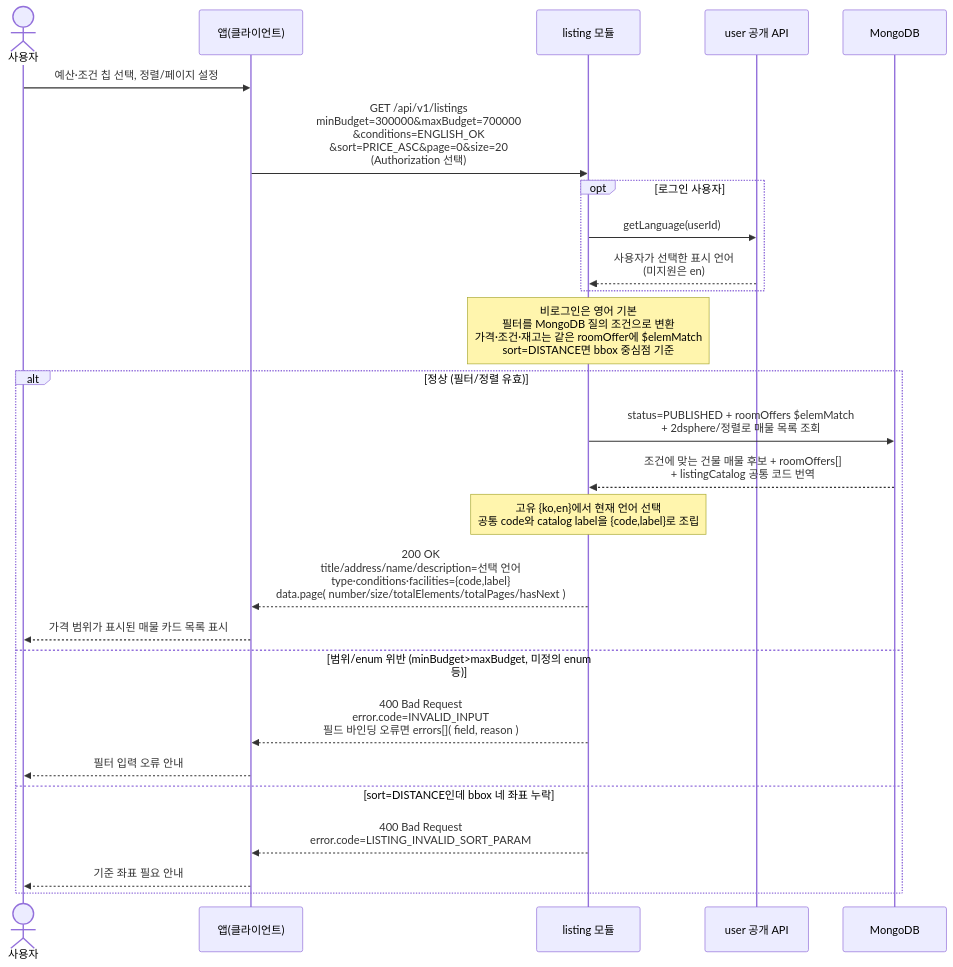
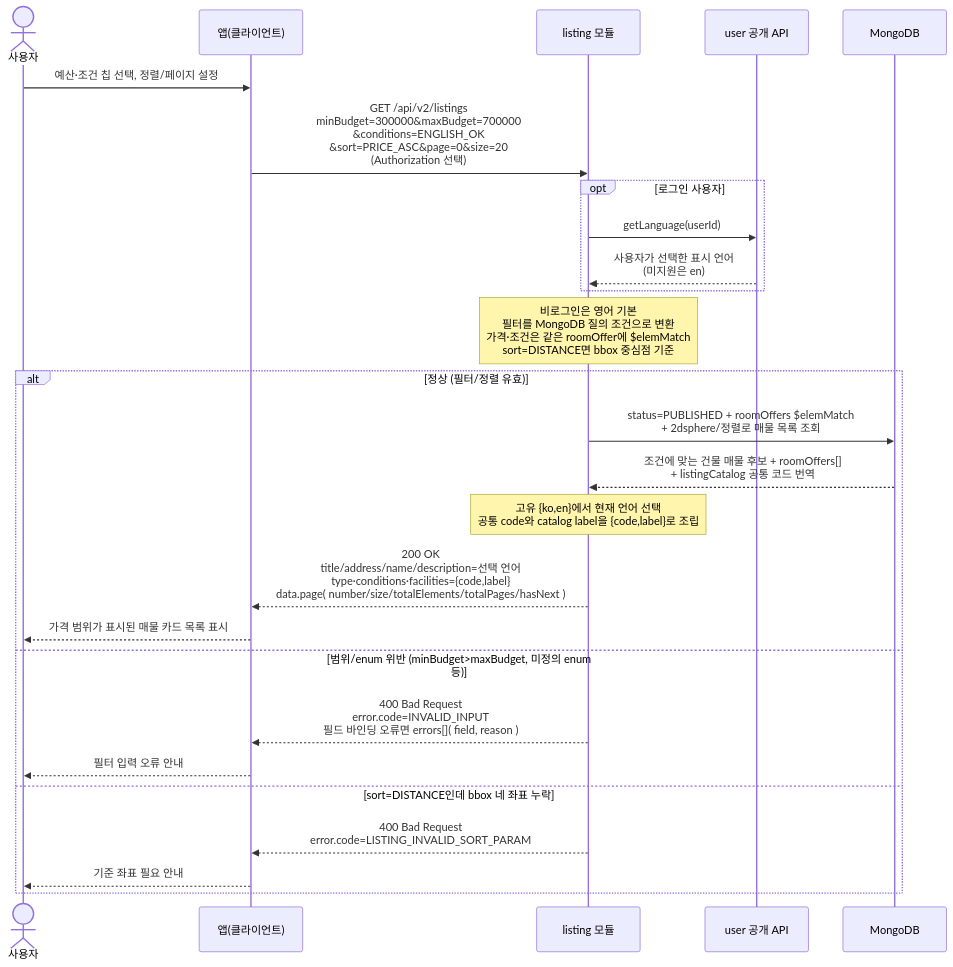
Before and after one commit to jameskim9509/Kohere-backend: the diagram in docs/architecture/sequence-diagrams/03-listings-favorites/us-3-1-listing-list-explore.md, drawn with Mermaid. The commit also changed other lines of this file and 210 other files, not shown here.

````diff
--- a/docs/architecture/sequence-diagrams/03-listings-favorites/us-3-1-listing-list-explore.md
+++ b/docs/architecture/sequence-diagrams/03-listings-favorites/us-3-1-listing-list-explore.md
@@ -5,29 +7,29 @@
 ```mermaid
 sequenceDiagram
     actor U as 사용자
     participant C as 앱(클라이언트)
     participant LIST as listing 모듈
     participant USER as user 공개 API
     participant DB as MongoDB
 
     U->>C: 예산·조건 칩 선택, 정렬/페이지 설정
-    C->>LIST: GET /api/v1/listings<br/>minBudget=300000&maxBudget=700000<br/>&conditions=ENGLISH_OK<br/>&sort=PRICE_ASC&page=0&size=20<br/>(Authorization 선택)
+    C->>LIST: GET /api/v2/listings<br/>minBudget=300000&maxBudget=700000<br/>&conditions=ENGLISH_OK<br/>&sort=PRICE_ASC&page=0&size=20<br/>(Authorization 선택)
     opt 로그인 사용자
         LIST->>USER: getLanguage(userId)
         USER-->>LIST: 사용자가 선택한 표시 언어<br/>(미지원은 en)
     end
-    Note over LIST: 비로그인은 영어 기본<br/>필터를 MongoDB 질의 조건으로 변환<br/>가격·조건·재고는 같은 roomOffer에 $elemMatch<br/>sort=DISTANCE면 bbox 중심점 기준
+    Note over LIST: 비로그인은 영어 기본<br/>필터를 MongoDB 질의 조건으로 변환<br/>가격·조건은 같은 roomOffer에 $elemMatch<br/>sort=DISTANCE면 bbox 중심점 기준
     alt 정상 (필터/정렬 유효)
         LIST->>DB: status=PUBLISHED + roomOffers $elemMatch<br/>+ 2dsphere/정렬로 매물 목록 조회
         DB-->>LIST: 조건에 맞는 건물 매물 후보 + roomOffers[]<br/>+ listingCatalog 공통 코드 번역
         Note over LIST: 고유 {ko,en}에서 현재 언어 선택<br/>공통 code와 catalog label을 {code,label}로 조립
         LIST-->>C: 200 OK<br/>title/address/name/description=선택 언어<br/>type·conditions·facilities={code,label}<br/>data.page( number/size/totalElements/totalPages/hasNext )
         C-->>U: 가격 범위가 표시된 매물 카드 목록 표시
     else 범위/enum 위반 (minBudget>maxBudget, 미정의 enum 등)
         LIST-->>C: 400 Bad Request<br/>error.code=INVALID_INPUT<br/>필드 바인딩 오류면 errors[]( field, reason )
         C-->>U: 필터 입력 오류 안내
     else sort=DISTANCE인데 bbox 네 좌표 누락
         LIST-->>C: 400 Bad Request<br/>error.code=LISTING_INVALID_SORT_PARAM
         C-->>U: 기준 좌표 필요 안내
     end
 ```
````
